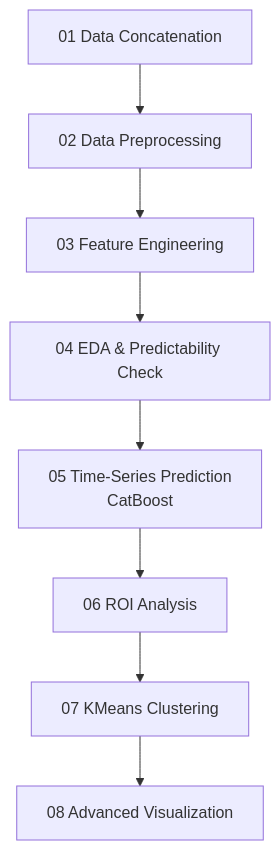
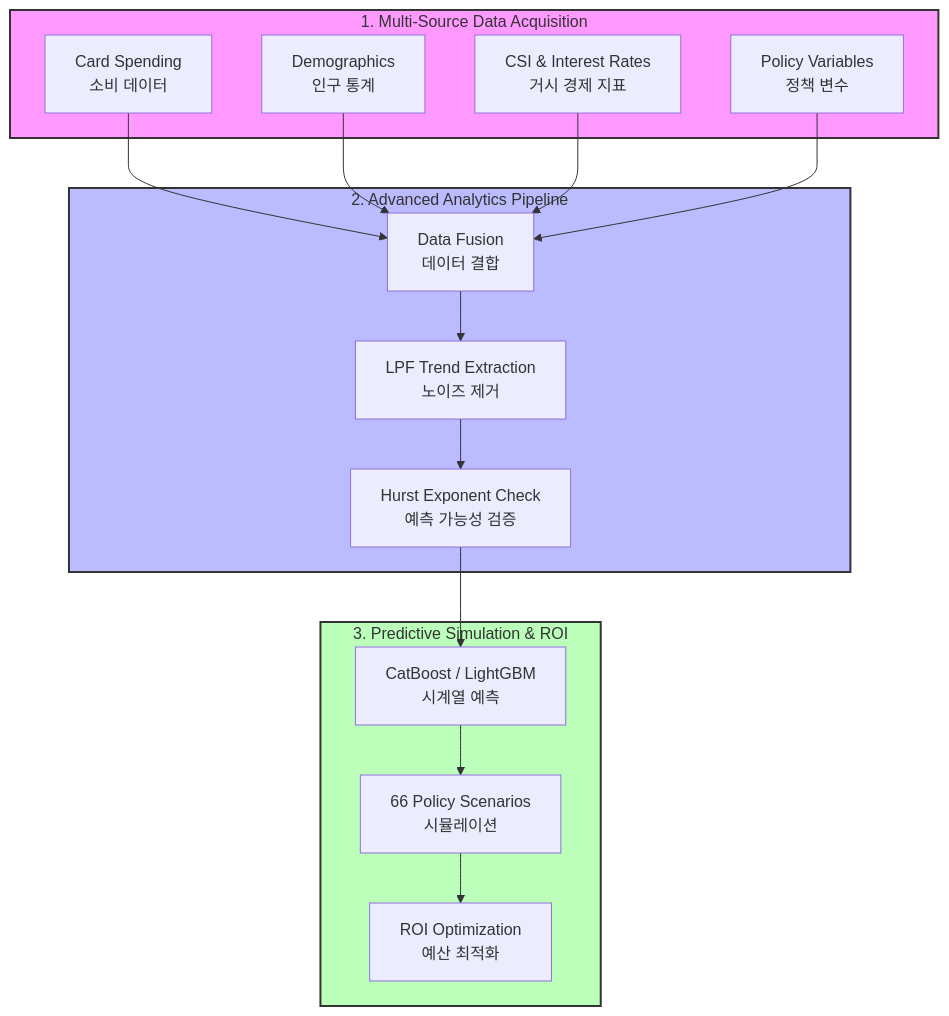
The diagram in README.md (junhyung-L/2025-Industry-Academic-Capstone-Design-Competition), drawn with Mermaid before and after one commit. The commit also changed other lines of this file, not shown here.

Commit message:
docs: Strengthen narrative flow and story in README

````diff
--- a/README.md
+++ b/README.md
@@ -33,11 +26,32 @@
 ```mermaid
 graph TD
-    A[01 Data Concatenation] --> B[02 Data Preprocessing]
-    B --> C[03 Feature Engineering]
-    C --> D[04 EDA & Predictability Check]
-    
-    D --> E[05 Time-Series Prediction <br> CatBoost]
-    E --> F[06 ROI Analysis]
-    F --> G[07 KMeans Clustering]
-    G --> H[08 Advanced Visualization]
+    subgraph Data_Sources [1. Multi-Source Data Acquisition]
+        A[Card Spending <br> 소비 데이터]
+        B[Demographics <br> 인구 통계]
+        C[CSI & Interest Rates <br> 거시 경제 지표]
+        D[Policy Variables <br> 정책 변수]
+    end
+
+    subgraph Core_Pipeline [2. Advanced Analytics Pipeline]
+        E[Data Fusion <br> 데이터 결합]
+        F[LPF Trend Extraction <br> 노이즈 제거]
+        G[Hurst Exponent Check <br> 예측 가능성 검증]
+    end
+
+    subgraph Modeling_Simulation [3. Predictive Simulation & ROI]
+        H[CatBoost / LightGBM <br> 시계열 예측]
+        I[66 Policy Scenarios <br> 시뮬레이션]
+        J[ROI Optimization <br> 예산 최적화]
+    end
+
+    A & B & C & D --> E
+    E --> F
+    F --> G
+    G --> H
+    H --> I
+    I --> J
+
+    style Data_Sources fill:#f9f,stroke:#333,stroke-width:2px
+    style Core_Pipeline fill:#bbf,stroke:#333,stroke-width:2px
+    style Modeling_Simulation fill:#bfb,stroke:#333,stroke-width:2px
 ```
````
